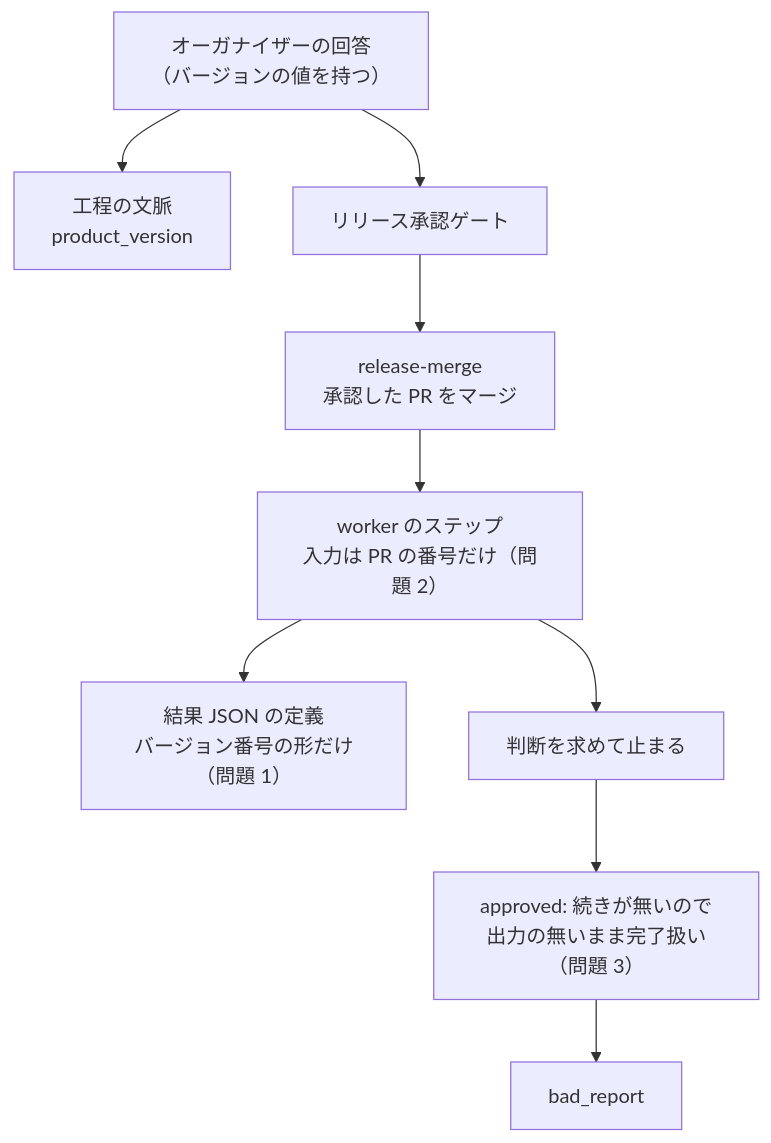
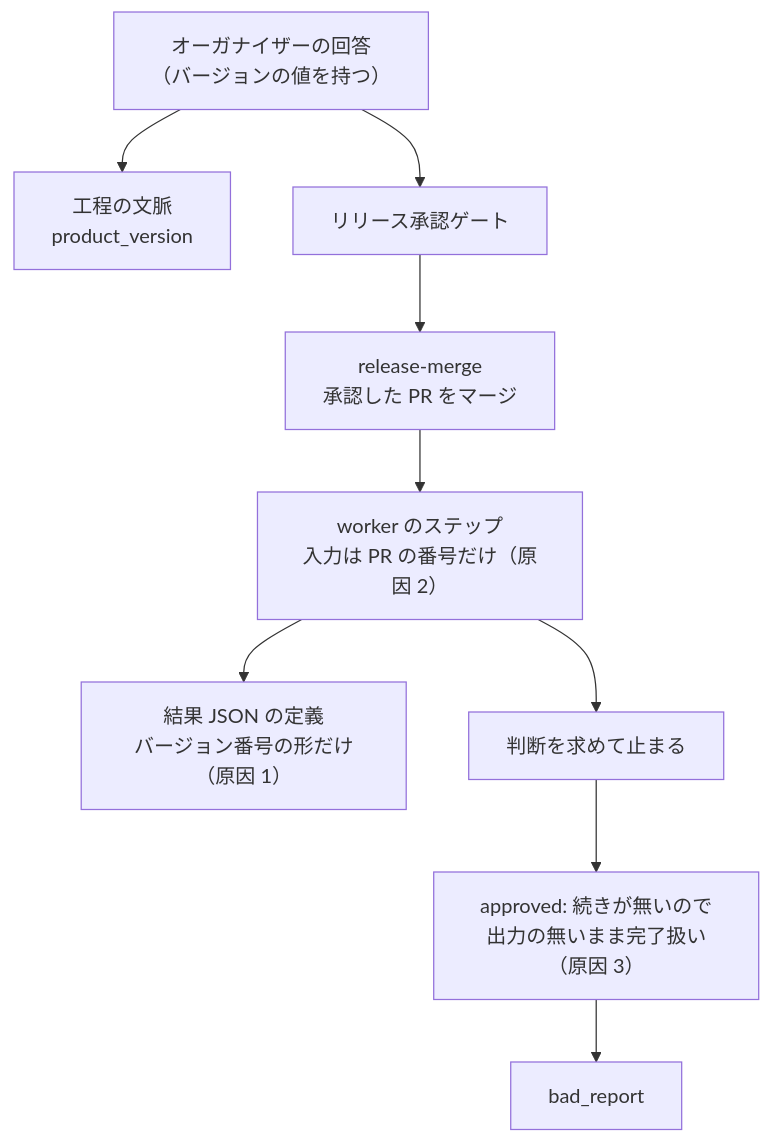
One commit to devbasex/ai-plugins changed the first of 3 diagrams in issues/issue-4513-design.md. Above: the diagram before and after it, drawn with Mermaid. The commit also changed other lines of this file, not shown here.

````diff
--- a/issues/issue-4513-design.md
+++ b/issues/issue-4513-design.md
@@ -9,11 +9,11 @@
 ```mermaid
 graph TD
   org["オーガナイザーの回答<br>（バージョンの値を持つ）"] --> ctx["工程の文脈<br>product_version"]
   org --> gate["リリース承認ゲート"]
   gate --> merge["release-merge<br>承認した PR をマージ"]
-  merge --> worker["worker のステップ<br>入力は PR の番号だけ（問題 2）"]
-  worker --> schema["結果 JSON の定義<br>バージョン番号の形だけ（問題 1）"]
+  merge --> worker["worker のステップ<br>入力は PR の番号だけ（原因 2）"]
+  worker --> schema["結果 JSON の定義<br>バージョン番号の形だけ（原因 1）"]
   worker --> ask["判断を求めて止まる"]
-  ask --> ok["approved: 続きが無いので<br>出力の無いまま完了扱い（問題 3）"]
+  ask --> ok["approved: 続きが無いので<br>出力の無いまま完了扱い（原因 3）"]
   ok --> bad["bad_report"]
 ```
````
